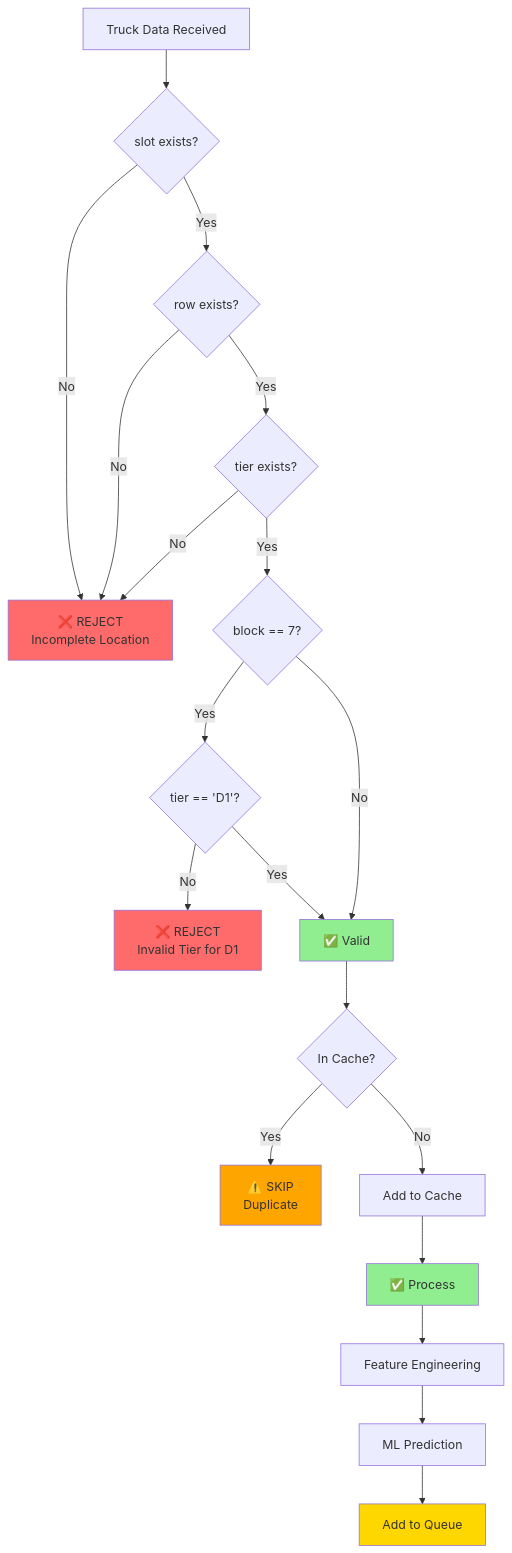
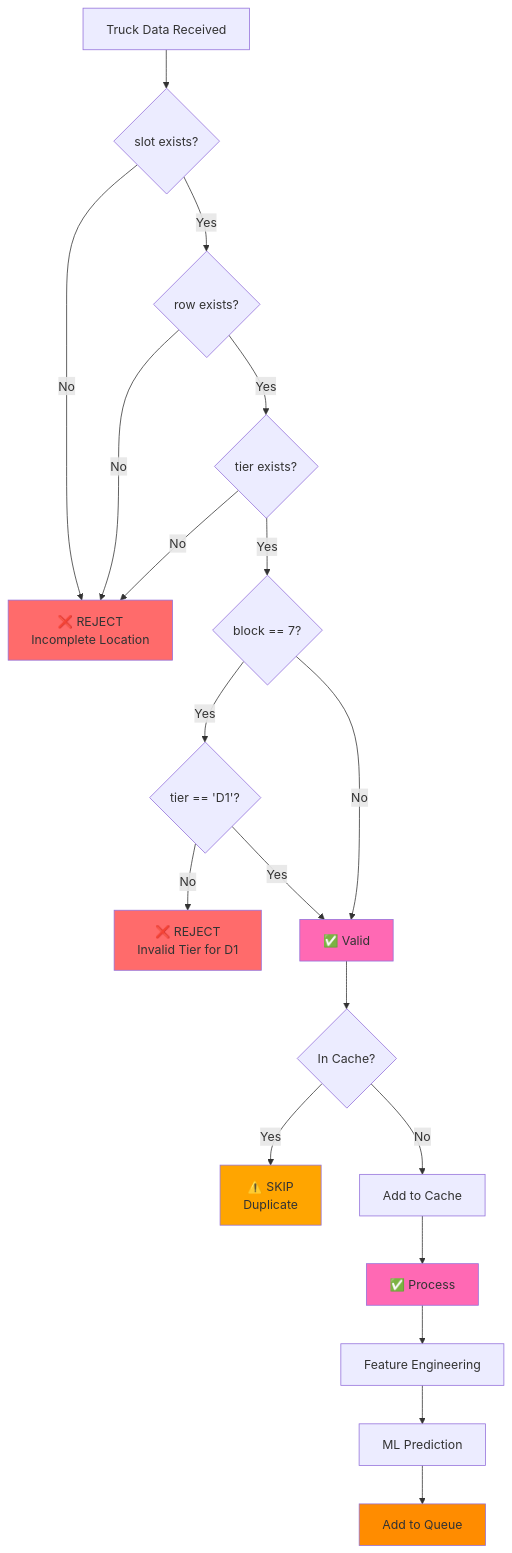
One commit to Daffa-afaf/ARTG-Queue-Prediction changed the seventh of 8 diagrams in FLOWCHART.md. Above: the diagram before and after it, drawn with Mermaid. The commit also changed other lines of this file, not shown here.

First line of the commit message:
fix: Revise FLOWCHART.md for accuracy and readability

````diff
--- a/FLOWCHART.md
+++ b/FLOWCHART.md
@@ -196,32 +196,32 @@
 ```mermaid
 graph TD
     A[Truck Data Received] --> B{slot exists?}
     B -->|No| Z1[❌ REJECT<br/>Incomplete Location]
     B -->|Yes| C{row exists?}
     C -->|No| Z1
     C -->|Yes| D{tier exists?}
     D -->|No| Z1
     D -->|Yes| E{block == 7?}
     
     E -->|Yes| F{tier == 'D1'?}
     F -->|No| Z2[❌ REJECT<br/>Invalid Tier for D1]
     F -->|Yes| G[✅ Valid]
     
     E -->|No| G
     
     G --> H{In Cache?}
     H -->|Yes| Z3[⚠️ SKIP<br/>Duplicate]
     H -->|No| I[Add to Cache]
     I --> J[✅ Process]
     
     J --> K[Feature Engineering]
     K --> L[ML Prediction]
     L --> M[Add to Queue]
     
-    style G fill:#90EE90
-    style J fill:#90EE90
-    style M fill:#FFD700
+    style G fill:#FF69B4
+    style J fill:#FF69B4
+    style M fill:#FF8C00
     style Z1 fill:#FF6B6B
     style Z2 fill:#FF6B6B
     style Z3 fill:#FFA500
 ```
````
